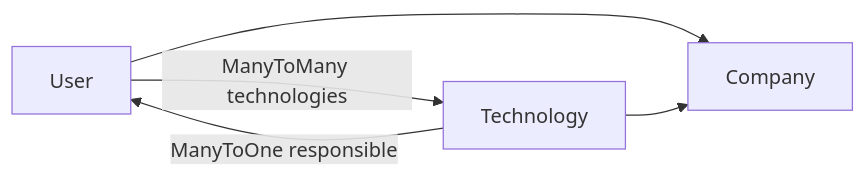
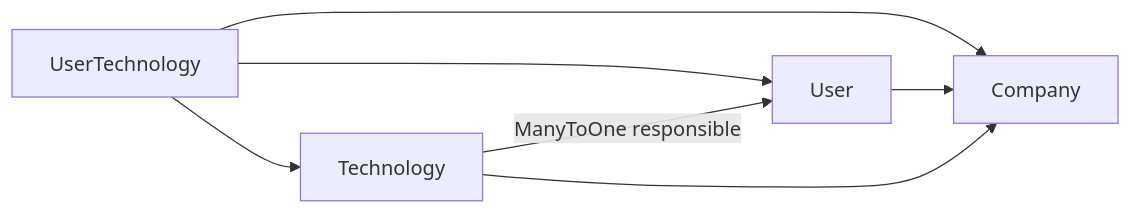
The second of 4 diagrams in ARQUITECTURA_OBJETIVO_BACKEND.md (antonio-arinno/canopus), drawn with Mermaid before and after one commit. The commit also changed other lines of this file and 152 other files, not shown here.

````diff
--- a/ARQUITECTURA_OBJETIVO_BACKEND.md
+++ b/ARQUITECTURA_OBJETIVO_BACKEND.md
@@ -52,7 +54,9 @@
 ```mermaid
 graph LR
-    User -->|ManyToMany technologies| Technology
+    UserTechnology --> User
+    UserTechnology --> Technology
+    UserTechnology --> Company
     Technology -->|ManyToOne responsible| User
     User --> Company
     Technology --> Company
 ```
````
